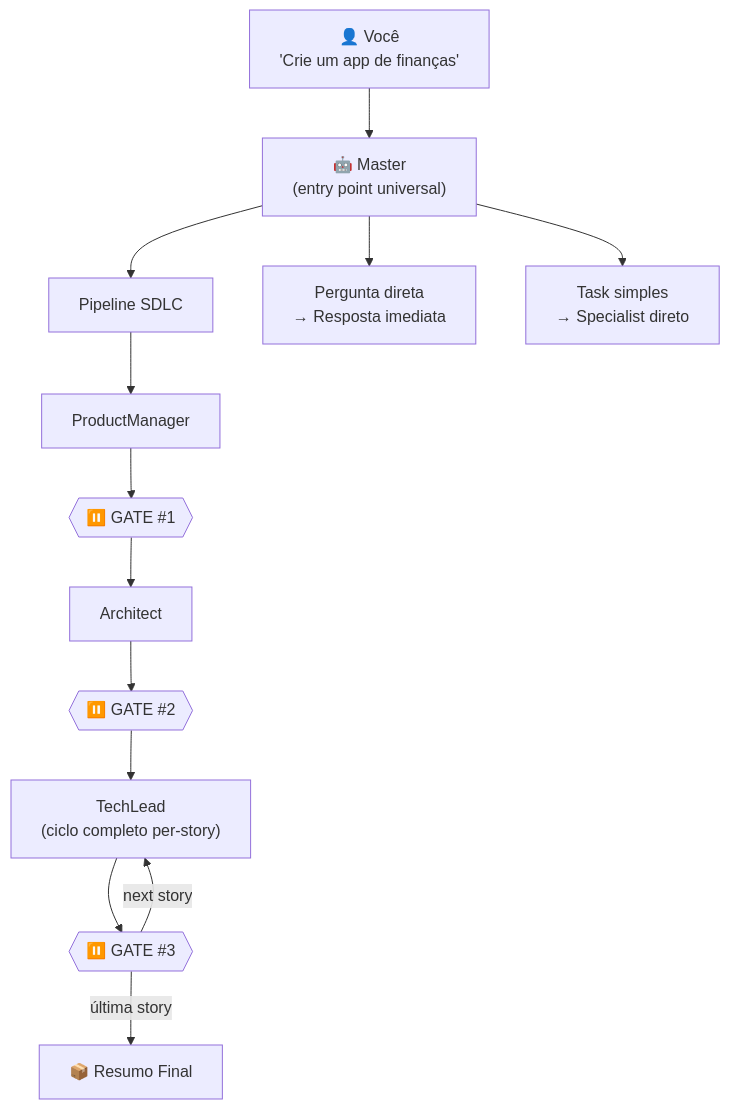
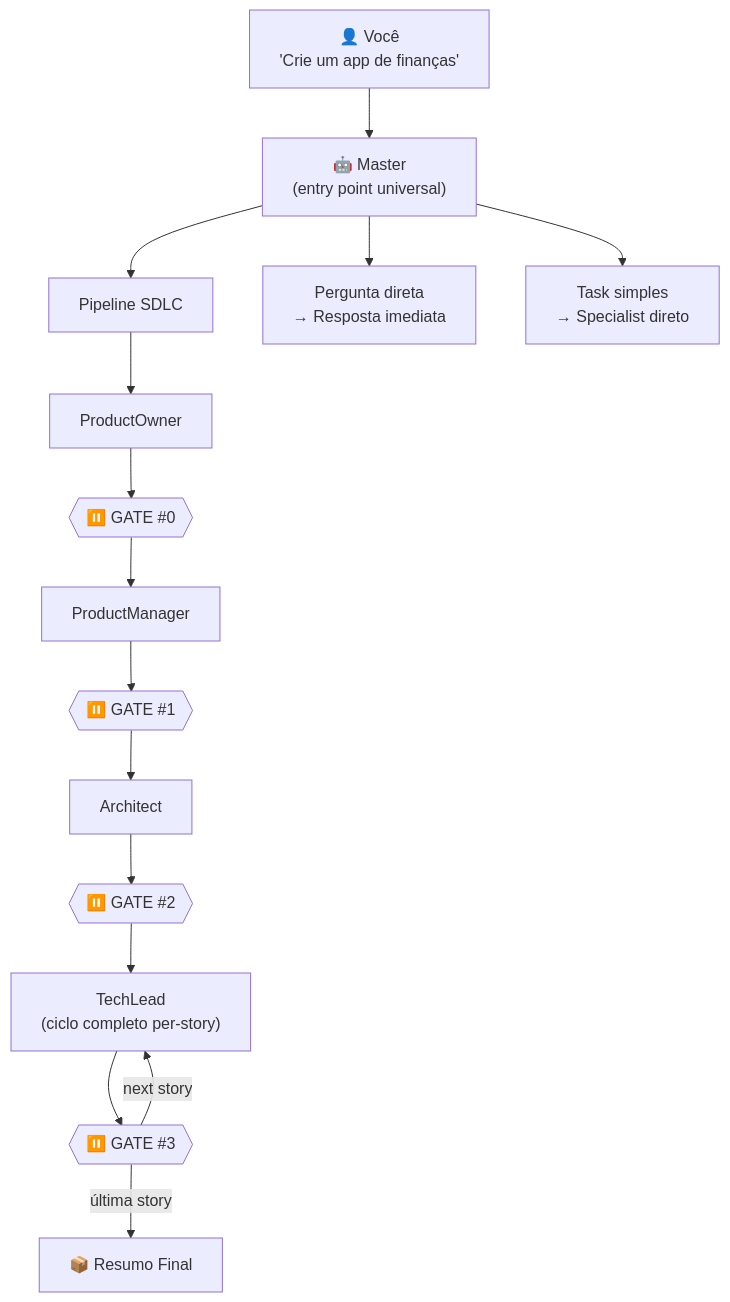
The first of 7 diagrams in GUIDE.md (dgofreitas/opencode-workflow), drawn with Mermaid before and after one commit. The commit also changed other lines of this file and 1 other file, not shown here.

First line of the commit message:
docs: update GUIDE and README with ProductOwner and 4-gate pipeline

````diff
--- a/GUIDE.md
+++ b/GUIDE.md
@@ -44,18 +44,20 @@
 ```mermaid
 graph TD
     User["👤 Você<br/>'Crie um app de finanças'"] --> OA
     OA["🤖 Master<br/>(entry point universal)"]
 
     OA --> SDLC[Pipeline SDLC]
     OA --> QI["Pergunta direta<br/>→ Resposta imediata"]
     OA --> DT["Task simples<br/>→ Specialist direto"]
 
-    SDLC --> PM[ProductManager]
+    SDLC --> PO[ProductOwner]
+    PO --> G0{{"⏸️ GATE #0"}}
+    G0 --> PM[ProductManager]
     PM --> G1{{"⏸️ GATE #1"}}
     G1 --> Arch[Architect]
     Arch --> G2{{"⏸️ GATE #2"}}
     G2 --> TL["TechLead<br/>(ciclo completo per-story)"]
     TL --> G3{{"⏸️ GATE #3"}}
     G3 -->|next story| TL
     G3 -->|última story| End["📦 Resumo Final"]
 ```
````
